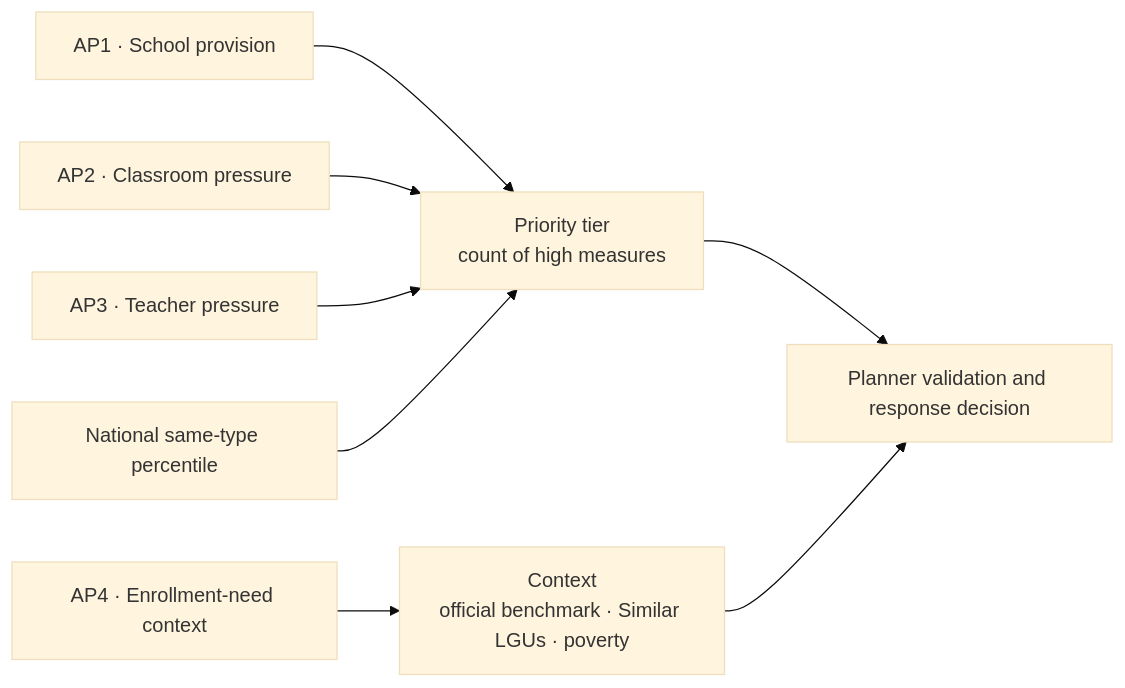
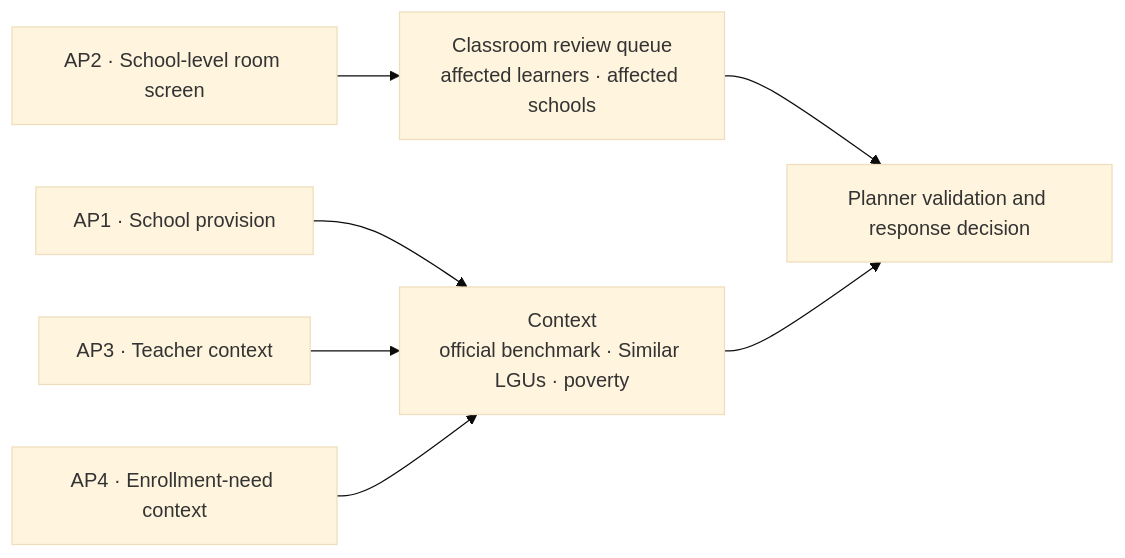
The diagram in docs/business/business-analytics-problem.md (hyenalouise/edu-access-sandbox), drawn with Mermaid (base theme) before and after one commit. The commit also changed other lines of this file and 25 other files, not shown here.

Commit message:
fix: replace percentile tiers with classroom review queue

````diff
--- a/docs/business/business-analytics-problem.md
+++ b/docs/business/business-analytics-problem.md
@@ -43,10 +43,9 @@
 ```mermaid
 flowchart LR
-    AP1["AP1 · School provision"] --> P["Priority tier<br/>count of high measures"]
-    AP2["AP2 · Classroom pressure"] --> P
-    AP3["AP3 · Teacher pressure"] --> P
-    M["National same-type percentile"] --> P
+    AP1["AP1 · School provision"] --> X["Separate planning context"]
+    AP2["AP2 · School-level room screen"] --> P["Classroom review queue<br/>affected learners · affected schools"]
+    AP3["AP3 · Teacher context"] --> X
     AP4["AP4 · Enrollment-need context"] --> X["Context<br/>official benchmark · Similar LGUs · poverty"]
     P --> R["Planner validation and response decision"]
     X --> R
 ```
````
